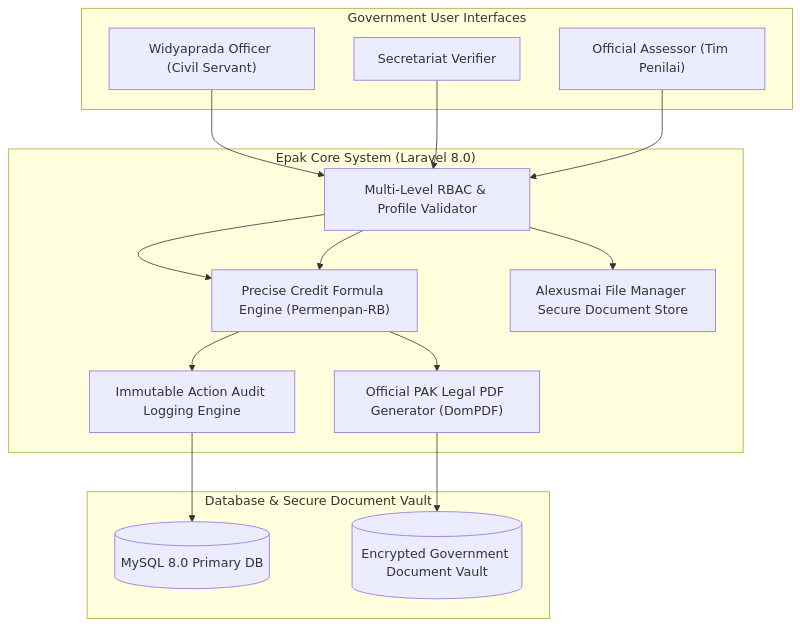
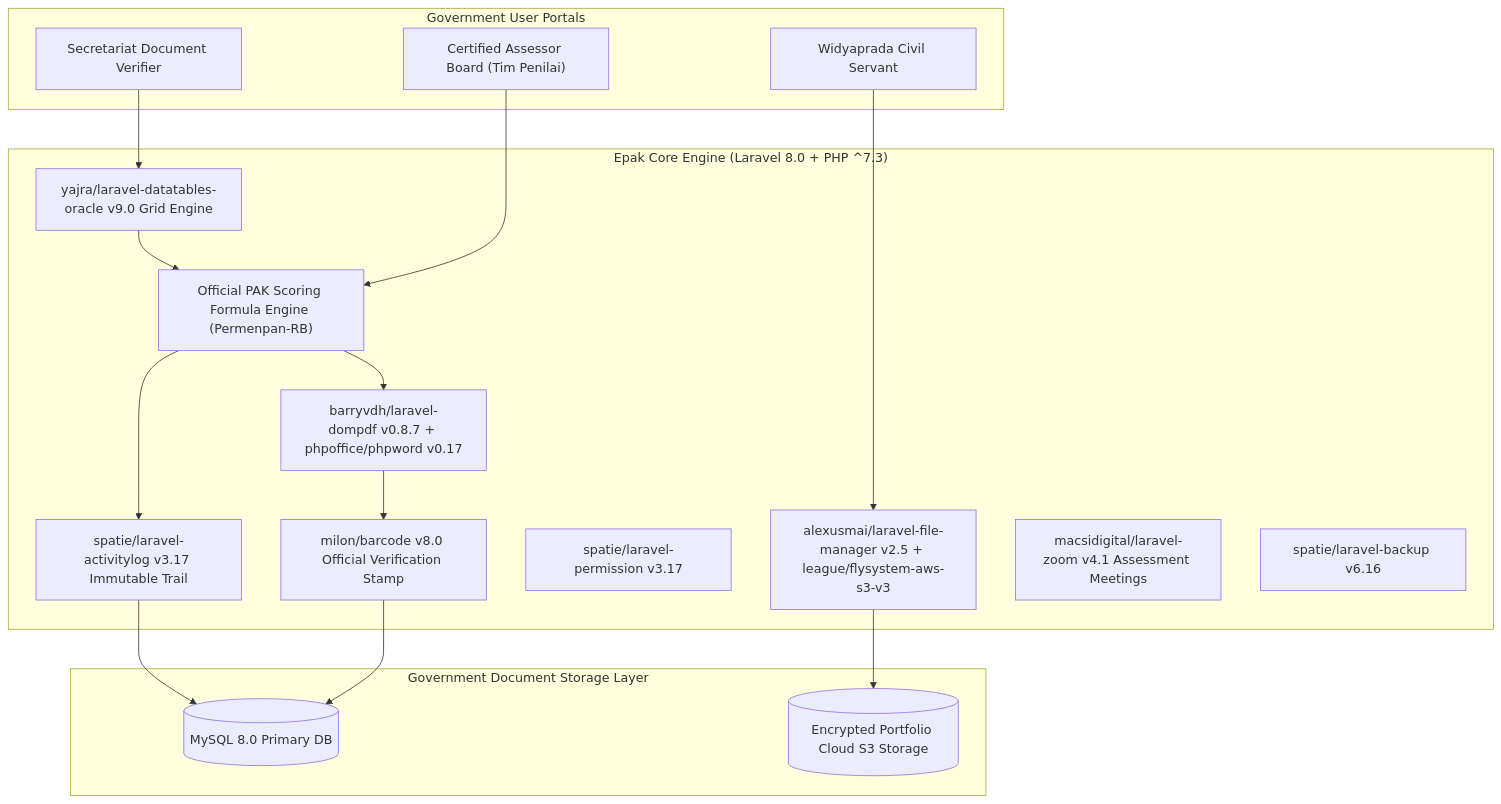
One commit to MHendriF/my-resume changed the diagram in experience/pt-qira-teknologi-indonesia/overview-projects/epak-dev/ARCHITECTURE.md. Above: the diagram before and after it, drawn with Mermaid. The commit also changed other lines of this file and 27 other files, not shown here.

Commit message:
docs: synchronize all ARCHITECTURE.md files with exact package.json and composer.json manifests

````diff
--- a/experience/pt-qira-teknologi-indonesia/overview-projects/epak-dev/ARCHITECTURE.md
+++ b/experience/pt-qira-teknologi-indonesia/overview-projects/epak-dev/ARCHITECTURE.md
@@ -19,27 +19,30 @@
 ```mermaid
 flowchart TD
-    subgraph AssessorClients ["Government User Interfaces"]
-        WidyapradaUser["Widyaprada Officer (Civil Servant)"]
-        SecretariatTeam["Secretariat Verifier"]
-        AssessorTeam["Official Assessor (Tim Penilai)"]
+    subgraph GovernmentClients ["Government User Portals"]
+        WidyapradaOfficer["Widyaprada Civil Servant"]
+        SecretariatTeam["Secretariat Document Verifier"]
+        AssessorBoard["Certified Assessor Board (Tim Penilai)"]
     end
 
-    subgraph EpakPlatform ["Epak Core System (Laravel 8.0)"]
-        AuthRBAC["Multi-Level RBAC & Profile Validator"]
-        PAK_Calculator["Precise Credit Formula Engine (Permenpan-RB)"]
-        DocVault["Alexusmai File Manager Secure Document Store"]
-        AuditTrail["Immutable Action Audit Logging Engine"]
-        PDF_Engine["Official PAK Legal PDF Generator (DomPDF)"]
+    subgraph EpakCore ["Epak Core Engine (Laravel 8.0 + PHP ^7.3)"]
+        FileVault["alexusmai/laravel-file-manager v2.5 + league/flysystem-aws-s3-v3"]
+        PAK_Calc["Official PAK Scoring Formula Engine (Permenpan-RB)"]
+        DataTableOracle["yajra/laravel-datatables-oracle v9.0 Grid Engine"]
+        AuditLogging["spatie/laravel-activitylog v3.17 Immutable Trail"]
+        PermissionRBAC["spatie/laravel-permission v3.17"]
+        DomPDFCert["barryvdh/laravel-dompdf v0.8.7 + phpoffice/phpword v0.17"]
+        BarcodeGen["milon/barcode v8.0 Official Verification Stamp"]
+        ZoomIntegration["macsidigital/laravel-zoom v4.1 Assessment Meetings"]
+        BackupDaemon["spatie/laravel-backup v6.16"]
     end
 
-    subgraph StorageLayer ["Database & Secure Document Vault"]
+    subgraph SecureStorage ["Government Document Storage Layer"]
         MySQL_DB[(MySQL 8.0 Primary DB)]
-        PDF_Vault[(Encrypted Government Document Vault)]
+        S3Vault[(Encrypted Portfolio Cloud S3 Storage)]
     end
 
-    WidyapradaUser --> AuthRBAC --> DocVault
-    SecretariatTeam --> AuthRBAC --> PAK_Calculator
-    AssessorTeam --> AuthRBAC --> PAK_Calculator
-    PAK_Calculator --> AuditTrail --> MySQL_DB
-    PAK_Calculator --> PDF_Engine --> PDF_Vault
+    WidyapradaOfficer --> FileVault --> S3Vault
+    SecretariatTeam --> DataTableOracle --> PAK_Calc
+    AssessorBoard --> PAK_Calc --> AuditLogging --> MySQL_DB
+    PAK_Calc --> DomPDFCert --> BarcodeGen --> MySQL_DB
 ```
````
